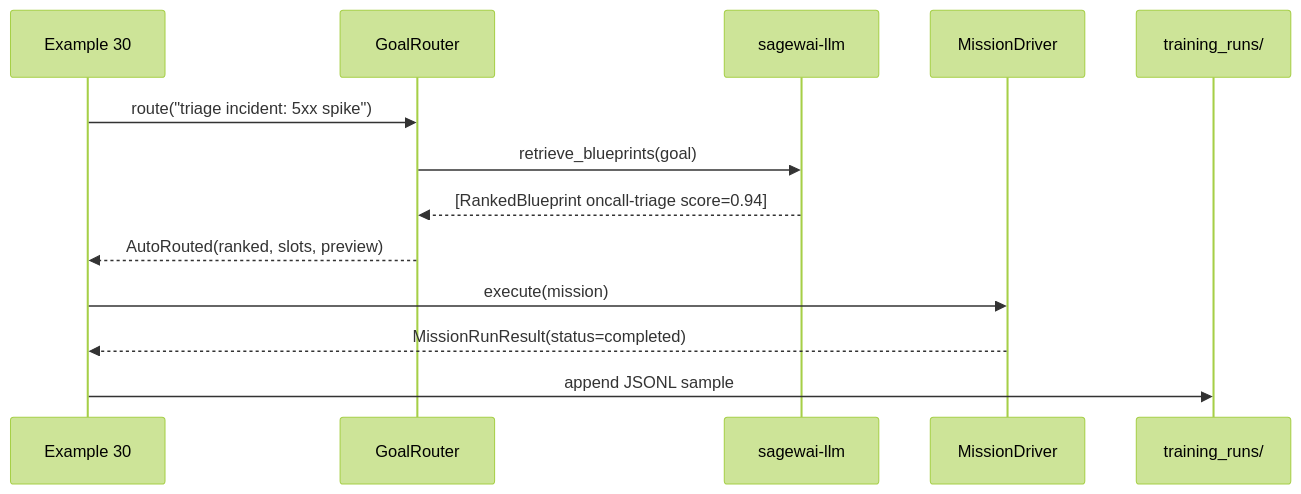
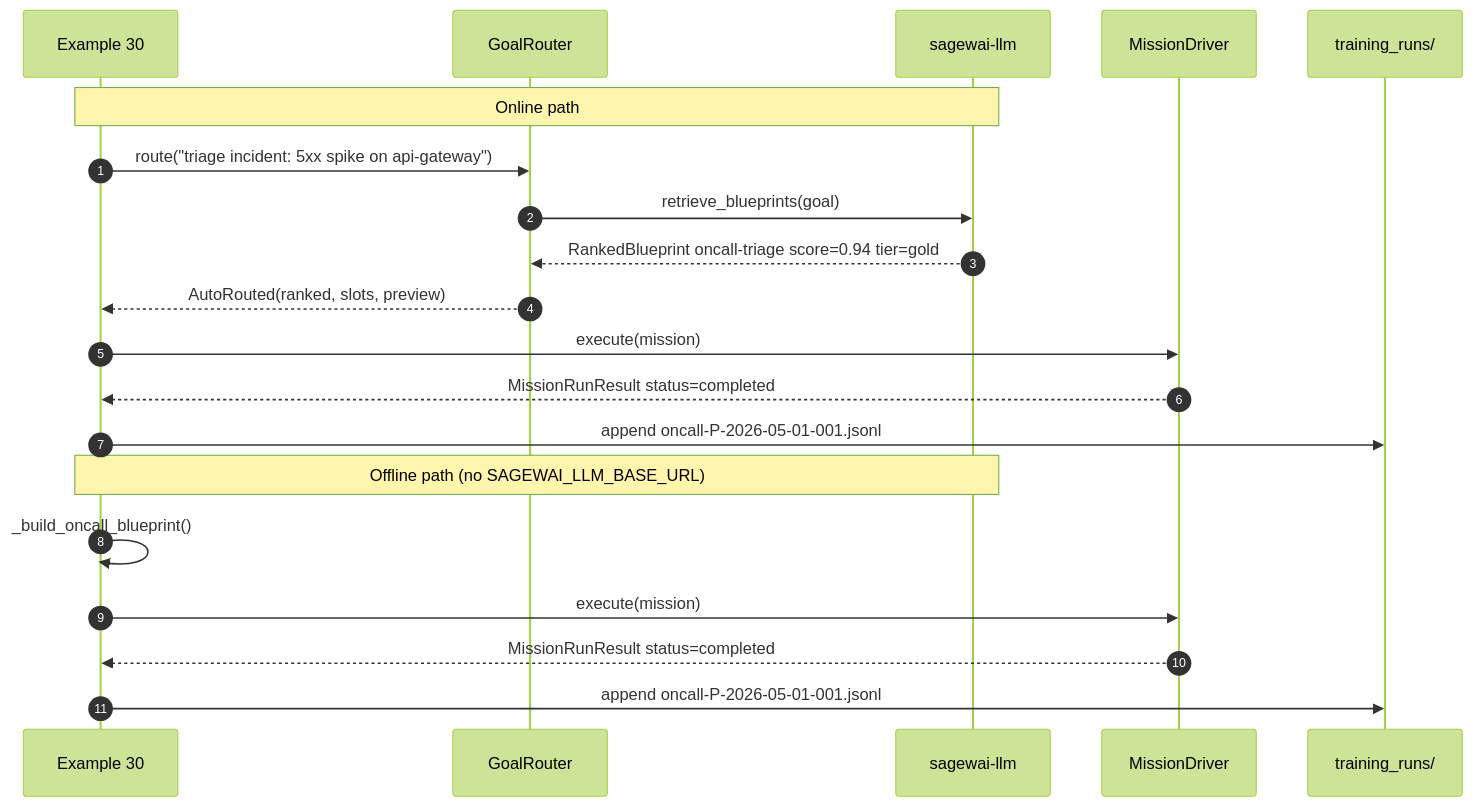
Before and after one commit to sagewai/platform: the second of 2 diagrams in packages/sdk/sagewai/examples/30_oncall_agent.md, drawn with Mermaid (forest theme). The commit also changed other lines of this file and 8 other files, not shown here.

````diff
--- a/packages/sdk/sagewai/examples/30_oncall_agent.md
+++ b/packages/sdk/sagewai/examples/30_oncall_agent.md
@@ -55,16 +60,24 @@
 ```mermaid
 sequenceDiagram
+    autonumber
     participant Ex as Example 30
     participant Router as GoalRouter
     participant Svc as sagewai-llm
     participant Driver as MissionDriver
     participant Disk as training_runs/
 
-    Ex->>Router: route("triage incident: 5xx spike")
+    note over Ex,Svc: Online path
+    Ex->>Router: route("triage incident: 5xx spike on api-gateway")
     Router->>Svc: retrieve_blueprints(goal)
-    Svc-->>Router: [RankedBlueprint oncall-triage score=0.94]
+    Svc-->>Router: RankedBlueprint oncall-triage score=0.94 tier=gold
     Router-->>Ex: AutoRouted(ranked, slots, preview)
     Ex->>Driver: execute(mission)
-    Driver-->>Ex: MissionRunResult(status=completed)
-    Ex->>Disk: append JSONL sample
+    Driver-->>Ex: MissionRunResult status=completed
+    Ex->>Disk: append oncall-P-2026-05-01-001.jsonl
+
+    note over Ex,Svc: Offline path (no SAGEWAI_LLM_BASE_URL)
+    Ex->>Ex: _build_oncall_blueprint()
+    Ex->>Driver: execute(mission)
+    Driver-->>Ex: MissionRunResult status=completed
+    Ex->>Disk: append oncall-P-2026-05-01-001.jsonl
 ```
````
